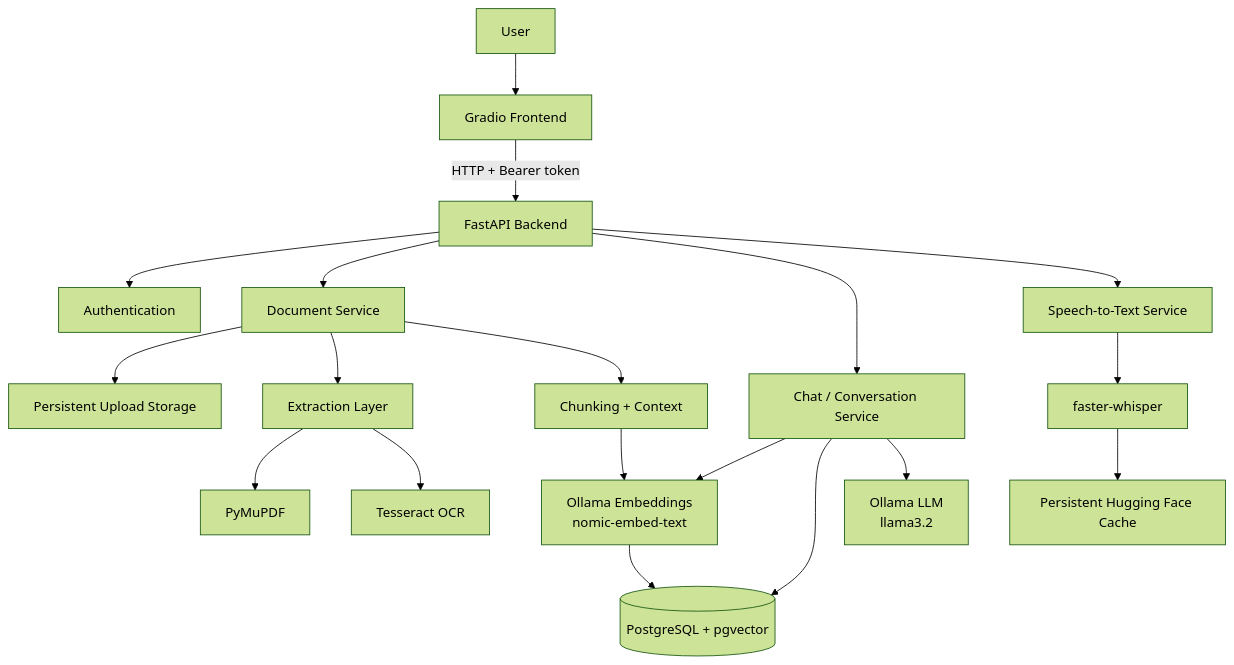
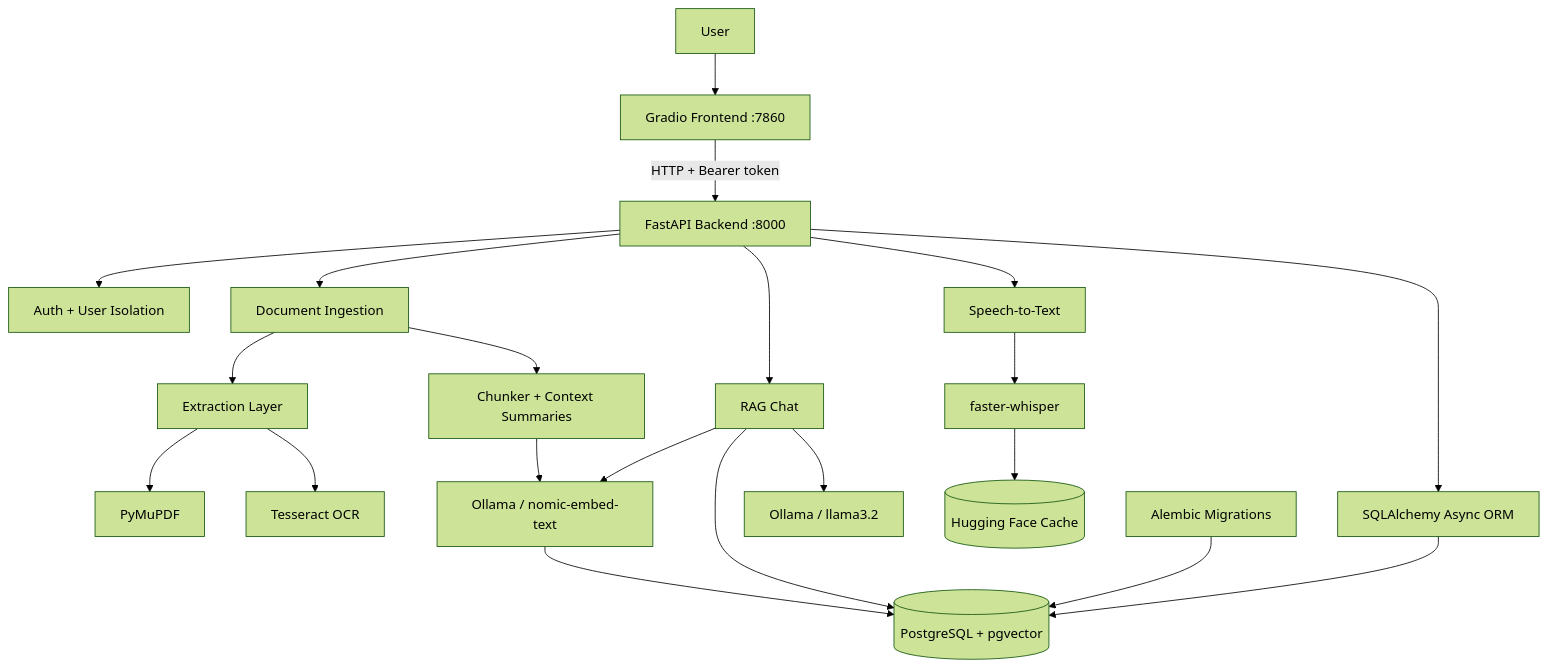
One commit to fizzahussain/Rag-Document-Assistant changed the third of 3 diagrams in README.md. Above: the diagram before and after it, drawn with Mermaid (forest theme). The commit also changed other lines of this file and 4 other files, not shown here.

````diff
--- a/README.md
+++ b/README.md
@@ -161,26 +300,29 @@
 ```mermaid
 flowchart TD
-    U[User] --> G[Gradio Frontend]
-    G -->|HTTP + Bearer token| F[FastAPI Backend]
+    U[User] --> G[Gradio Frontend :7860]
+    G -->|HTTP + Bearer token| API[FastAPI Backend :8000]
 
-    F --> A[Authentication]
-    F --> D[Document Service]
-    F --> C[Chat / Conversation Service]
-    F --> S[Speech-to-Text Service]
+    API --> AUTH[Auth + User Isolation]
+    API --> DOC[Document Ingestion]
+    API --> CHAT[RAG Chat]
+    API --> AUDIO[Speech-to-Text]
 
-    D --> FS[Persistent Upload Storage]
-    D --> E[Extraction Layer]
-    E --> P[PyMuPDF]
-    E --> T[Tesseract OCR]
+    DOC --> EX[Extraction Layer]
+    EX --> PDF[PyMuPDF]
+    EX --> OCR[Tesseract OCR]
 
-    D --> CH[Chunking + Context]
-    CH --> O1[Ollama Embeddings\nnomic-embed-text]
-    O1 --> PG[(PostgreSQL + pgvector)]
+    DOC --> CH[Chunker + Context Summaries]
+    CH --> EMB[Ollama / nomic-embed-text]
+    EMB --> PG[(PostgreSQL + pgvector)]
 
-    C --> O1
-    C --> PG
-    C --> O2[Ollama LLM\nllama3.2]
+    CHAT --> EMB
+    CHAT --> PG
+    CHAT --> LLM[Ollama / llama3.2]
 
-    S --> W[faster-whisper]
-    W --> HF[Persistent Hugging Face Cache]
+    AUDIO --> WH[faster-whisper]
+    WH --> HF[(Hugging Face Cache)]
+
+    API --> SQLA[SQLAlchemy Async ORM]
+    SQLA --> PG
+    MIG[Alembic Migrations] --> PG
 ```
````
